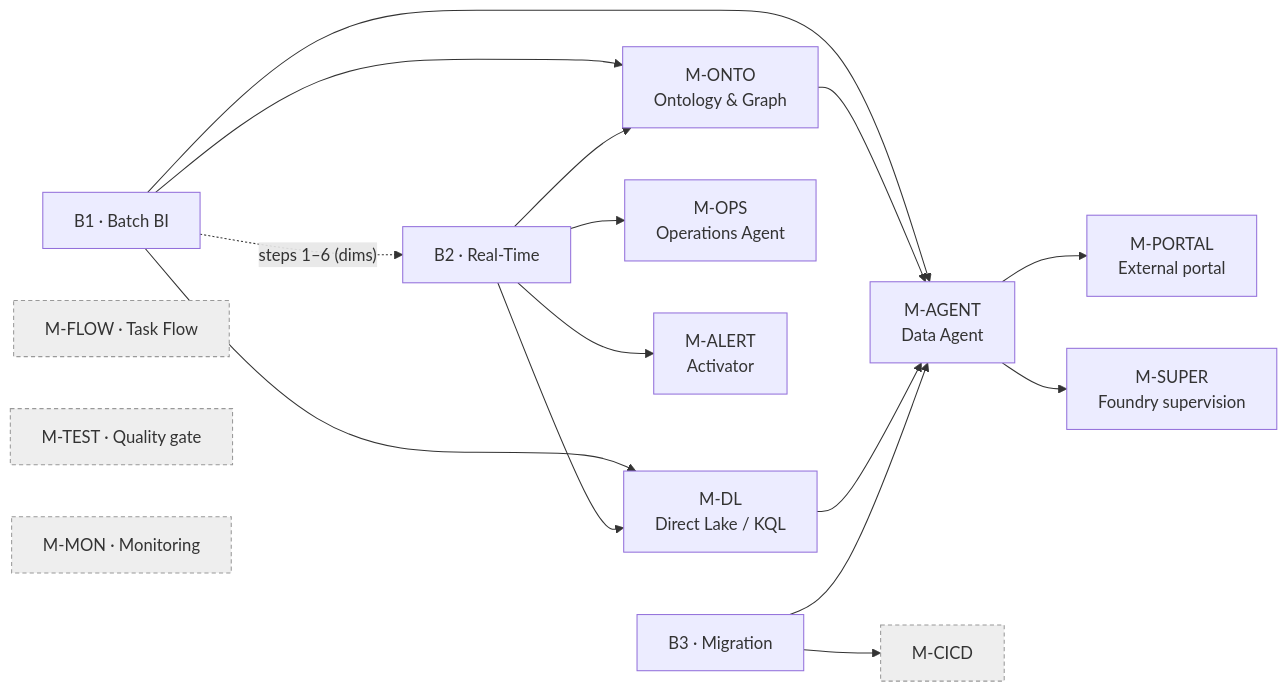
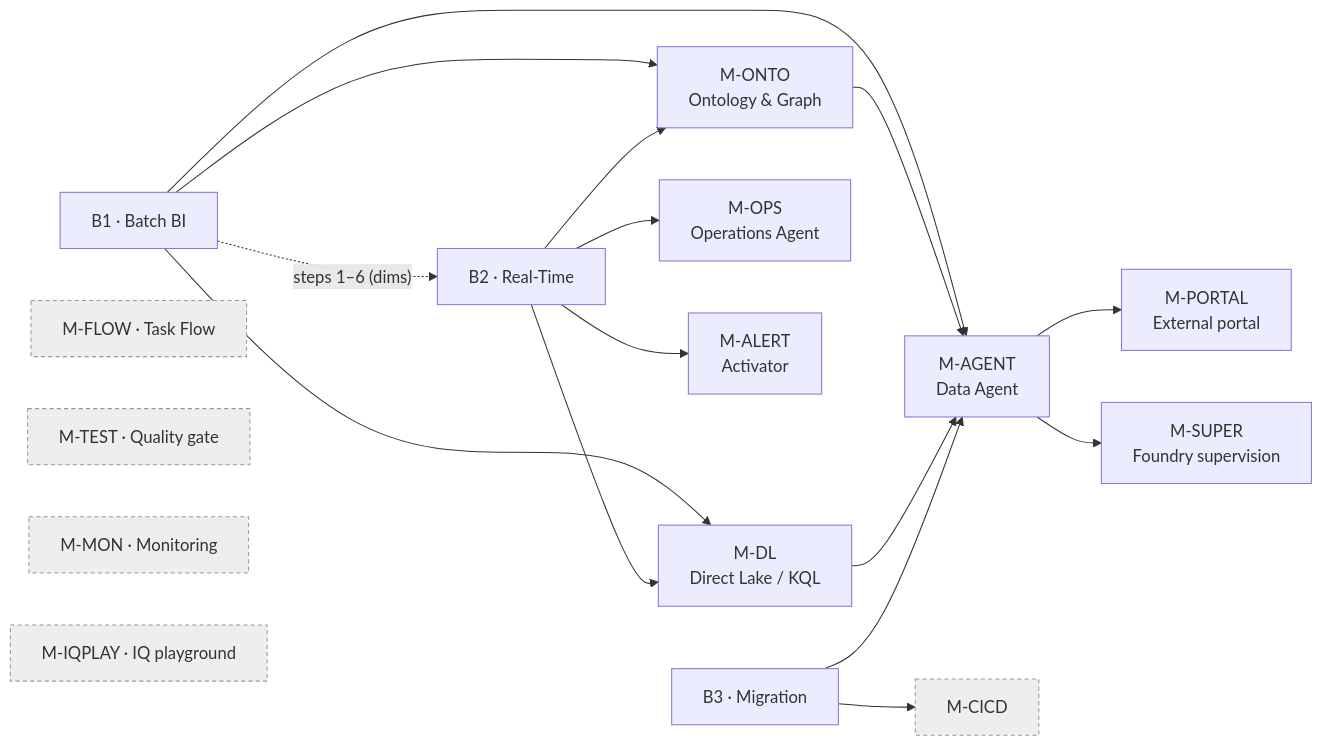
The diagram in Meta-Brain/SCENARIOS.md (Statyx/Azure-Brain), drawn with Mermaid before and after one commit. The commit also changed other lines of this file and 13 other files, not shown here.

First line of the commit message:
feat(brain): IQ playground template (M-IQPLAY)

````diff
--- a/Meta-Brain/SCENARIOS.md
+++ b/Meta-Brain/SCENARIOS.md
@@ -351,23 +365,24 @@
 ```mermaid
 graph LR
     B1["B1 · Batch BI"] --> MONTO["M-ONTO<br/>Ontology & Graph"]
     B1 --> MAGENT["M-AGENT<br/>Data Agent"]
     B1 --> MDL["M-DL<br/>Direct Lake / KQL"]
     B1 -.->|"steps 1–6 (dims)"| B2["B2 · Real-Time"]
     B2 --> MONTO
     B2 --> MDL
     B2 --> MOPS["M-OPS<br/>Operations Agent"]
     B2 --> MALERT["M-ALERT<br/>Activator"]
     MONTO --> MAGENT
     MDL --> MAGENT
     MAGENT --> MPORTAL["M-PORTAL<br/>External portal"]
     MAGENT --> MSUPER["M-SUPER<br/>Foundry supervision"]
     B3["B3 · Migration"] --> MAGENT
     B3 --> MCICD["M-CICD"]
 
     MFLOW["M-FLOW · Task Flow"]:::any
     MTEST["M-TEST · Quality gate"]:::any
     MMON["M-MON · Monitoring"]:::any
+    MIQPLAY["M-IQPLAY · IQ playground"]:::any
     class MCICD any
     classDef any fill:#eee,stroke:#999,stroke-dasharray: 4 3
 ```
````
